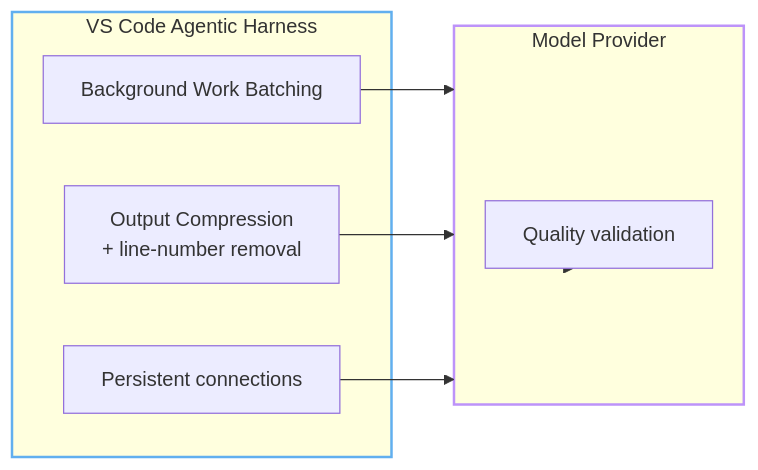
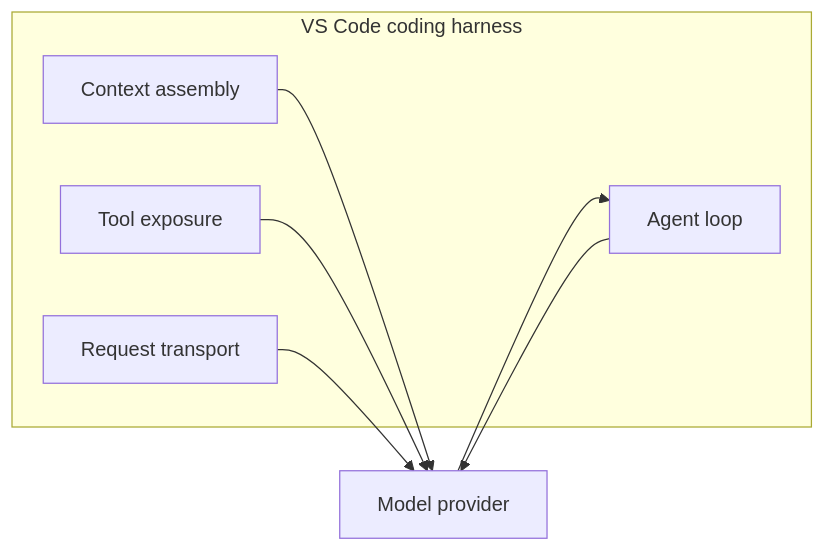
Before and after one commit to dandahprecio/vibe-on-budget: the first of 2 diagrams in token-economy-course/src/content/docs/en/09-under-the-hood.mdx, drawn with Mermaid. The commit also changed other lines of this file and 26 other files, not shown here.

````diff
--- a/token-economy-course/src/content/docs/en/09-under-the-hood.mdx
+++ b/token-economy-course/src/content/docs/en/09-under-the-hood.mdx
@@ -28,20 +20,15 @@
 ```mermaid
 flowchart LR
-    subgraph Harness["VS Code Agentic Harness"]
-        Batching[Background Work Batching]
-        Output[Output Compression<br/>+ line-number removal]
-        Transport[Persistent connections]
+    subgraph Harness["VS Code coding harness"]
+        Context[Context assembly]
+        Tools[Tool exposure]
+        Loop[Agent loop]
+        Transport[Request transport]
     end
-    
-    subgraph Provider["Model Provider"]
-        Reliability[Quality validation]
-    end
-    
-    Batching --> Provider
-    Output --> Provider
-    Transport --> Provider
-    Reliability --> Provider
-    
-    style Harness stroke:#61afef,stroke-width:2px
-    style Provider stroke:#bd93f9,stroke-width:2px
+    Model[Model provider]
+    Context --> Model
+    Tools --> Model
+    Loop --> Model
+    Transport --> Model
+    Model --> Loop
 ```
````
